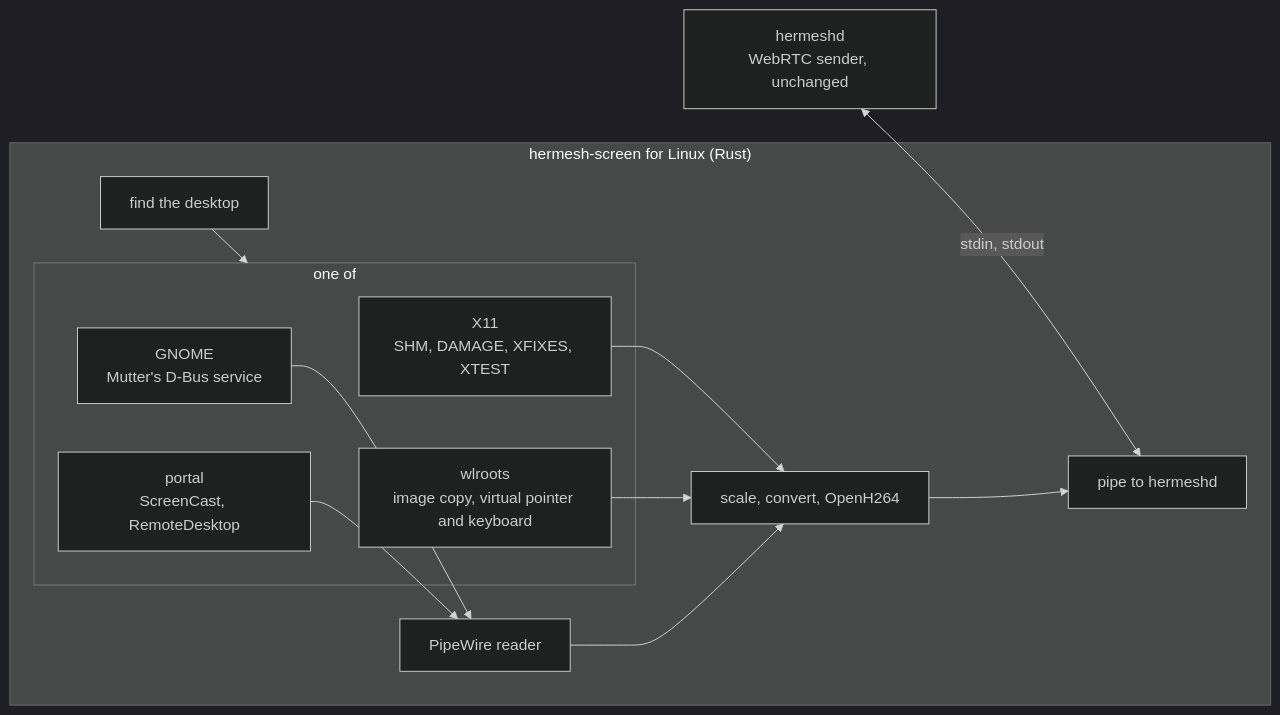
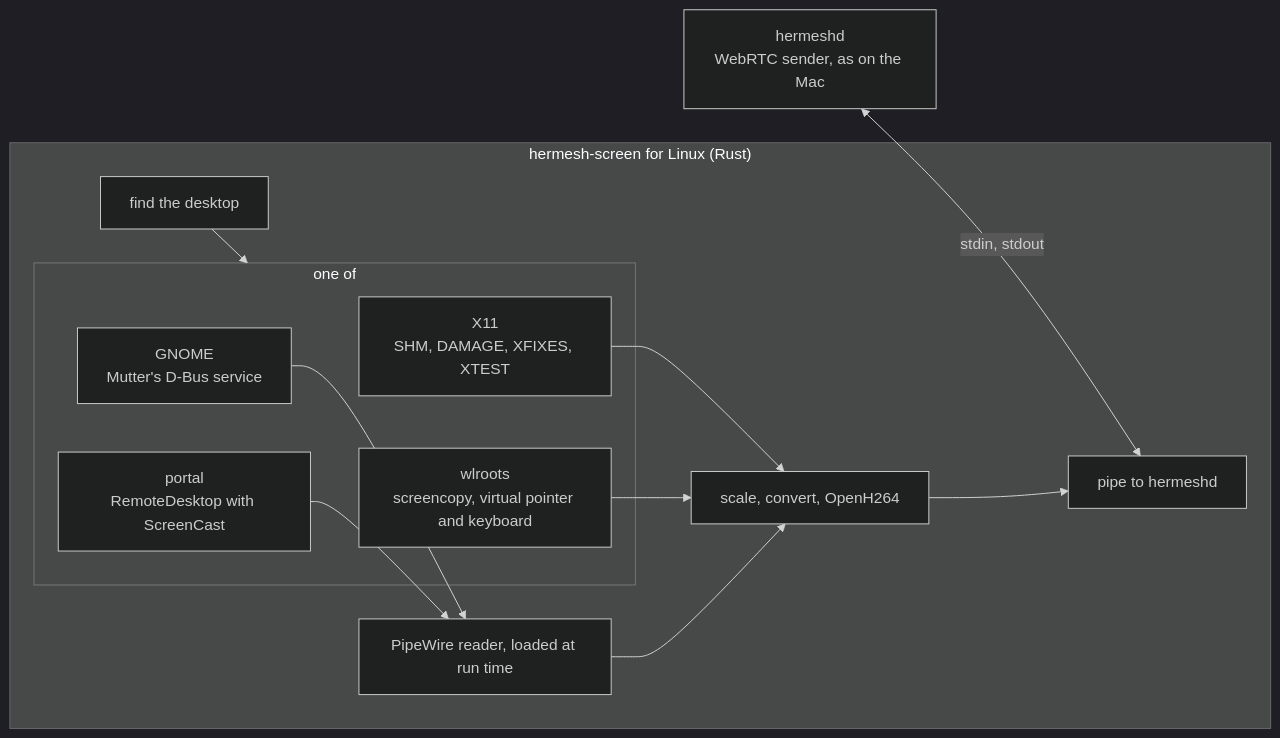
Before and after one commit to hermeshai/hermesh: the diagram in docs/computer-control-linux.md, drawn with Mermaid (dark theme). The commit also changed other lines of this file and 4 other files, not shown here.

Commit message:
screen: the Linux design as built; keep the desktop awake during a session

````diff
--- a/docs/computer-control-linux.md
+++ b/docs/computer-control-linux.md
@@ -66,24 +65,24 @@
 ```mermaid
 flowchart LR
-    Daemon["hermeshd<br/>WebRTC sender, unchanged"]
+    Daemon["hermeshd<br/>WebRTC sender, as on the Mac"]
     subgraph Helper["hermesh-screen for Linux (Rust)"]
         Find["find the desktop"]
         Pipe["pipe to hermeshd"]
         Enc["scale, convert, OpenH264"]
         subgraph Ways["one of"]
             X["X11<br/>SHM, DAMAGE, XFIXES, XTEST"]
             G["GNOME<br/>Mutter's D-Bus service"]
-            P["portal<br/>ScreenCast, RemoteDesktop"]
-            W["wlroots<br/>image copy, virtual pointer and keyboard"]
+            P["portal<br/>RemoteDesktop with ScreenCast"]
+            W["wlroots<br/>screencopy, virtual pointer and keyboard"]
         end
-        PW["PipeWire reader"]
+        PW["PipeWire reader, loaded at run time"]
     end
     Daemon <-->|"stdin, stdout"| Pipe
     Find --> Ways
     X --> Enc
     W --> Enc
     G --> PW
     P --> PW
     PW --> Enc
     Enc --> Pipe
 ```
````
